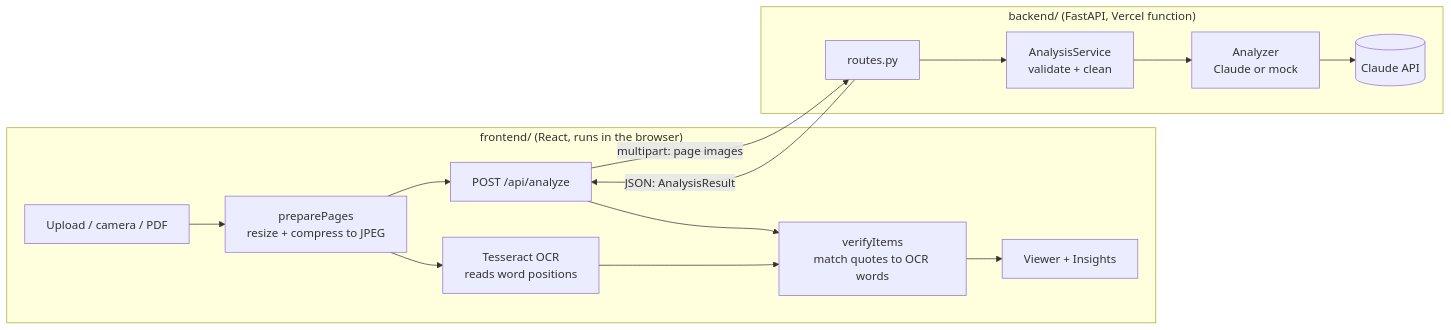
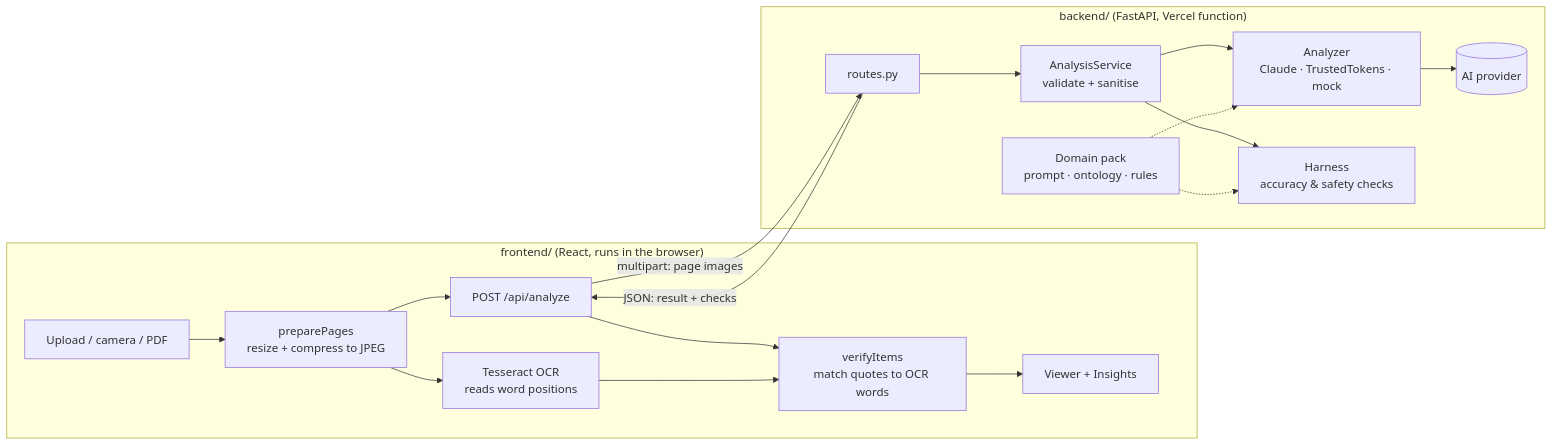
Before and after one commit to achyutha-kothapalli/AI_Hackathon_Team_4: the first of 9 diagrams in HOW_IT_WORKS.md, drawn with Mermaid. The commit also changed other lines of this file and 81 other files, not shown here.

First line of the commit message:
Refactor into domain packs and a check pipeline; add architecture docs and CI

````diff
--- a/HOW_IT_WORKS.md
+++ b/HOW_IT_WORKS.md
@@ -11,18 +11,20 @@
 ```mermaid
 flowchart LR
     subgraph Browser["frontend/ (React, runs in the browser)"]
         U[Upload / camera / PDF] --> P[preparePages<br/>resize + compress to JPEG]
         P --> A[POST /api/analyze]
         P --> O[Tesseract OCR<br/>reads word positions]
         A --> V[verifyItems<br/>match quotes to OCR words]
         O --> V
         V --> UI[Viewer + Insights]
     end
     subgraph Server["backend/ (FastAPI, Vercel function)"]
-        R[routes.py] --> S[AnalysisService<br/>validate + clean]
-        S --> AN[Analyzer<br/>Claude or mock]
-        AN --> C[(Claude API)]
+        R[routes.py] --> S[AnalysisService<br/>validate + sanitise]
+        S --> AN[Analyzer<br/>Claude · TrustedTokens · mock]
+        AN --> C[(AI provider)]
+        S --> H[Harness<br/>accuracy & safety checks]
+        D[Domain pack<br/>prompt · ontology · rules] -.-> AN & H
     end
     A -- "multipart: page images" --> R
-    R -- "JSON: AnalysisResult" --> A
+    R -- "JSON: result + checks" --> A
 ```
````
